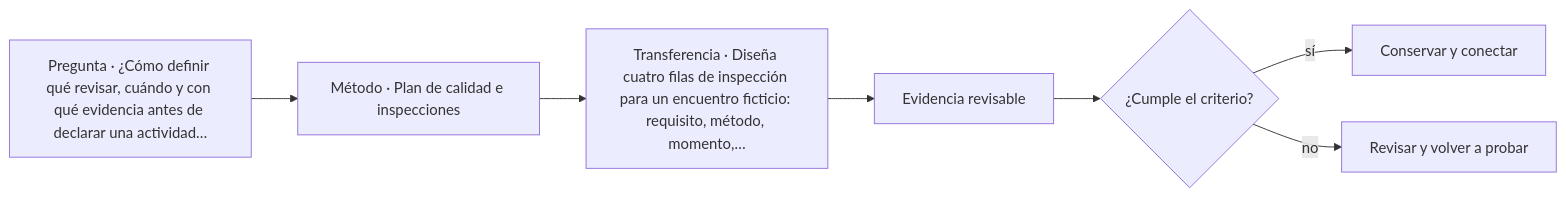
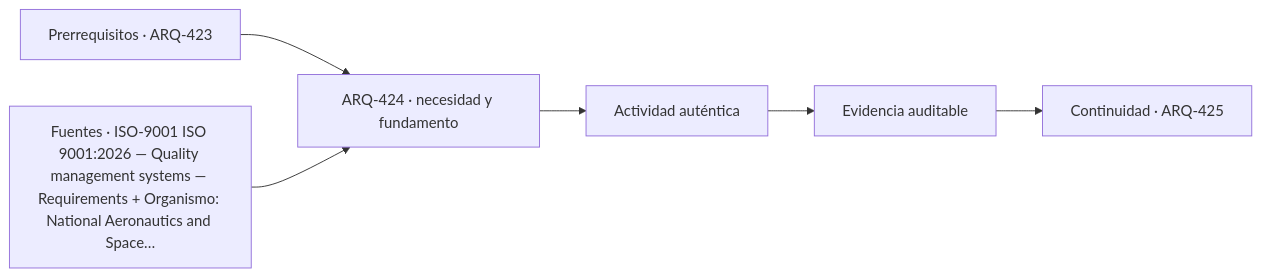
One commit to vladimiracunadev-create/architecture-built-environment-learning-program changed the diagram in classes/parte-43/ARQ-424.md. Above: the diagram before and after it, drawn with Mermaid. The commit also changed other lines of this file and 761 other files, not shown here.

````diff
--- a/classes/parte-43/ARQ-424.md
+++ b/classes/parte-43/ARQ-424.md
@@ -75,9 +87,8 @@
 ```mermaid
 flowchart LR
-    Q["Pregunta · ¿Cómo definir qué revisar, cuándo y con qué evidencia antes de declarar una actividad…"] --> M["Método · Plan de calidad e inspecciones"]
-    M --> P["Transferencia · Diseña cuatro filas de inspección para un encuentro ficticio: requisito, método, momento,…"]
-    P --> E["Evidencia revisable"]
-    E --> C{"¿Cumple el criterio?"}
-    C -->|sí| T["Conservar y conectar"]
-    C -->|no| R["Revisar y volver a probar"]
+    A["Prerrequisitos · ARQ-423"] --> B["ARQ-424 · necesidad y fundamento"]
+    S["Fuentes · ISO-9001 ISO 9001:2026 — Quality management systems — Requirements + Organismo: National Aeronautics and Space…"] --> B
+    B --> C["Actividad auténtica"]
+    C --> D["Evidencia auditable"]
+    D --> E["Continuidad · ARQ-425"]
 ```
````
